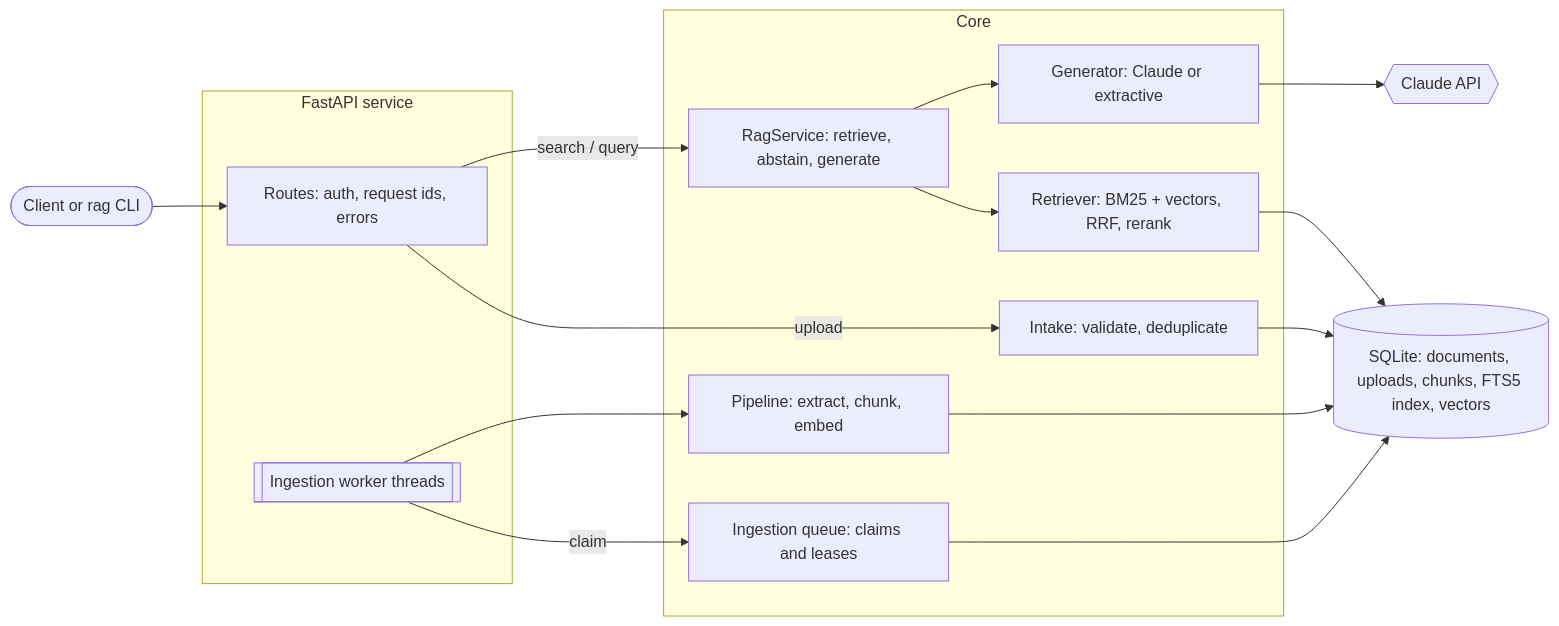
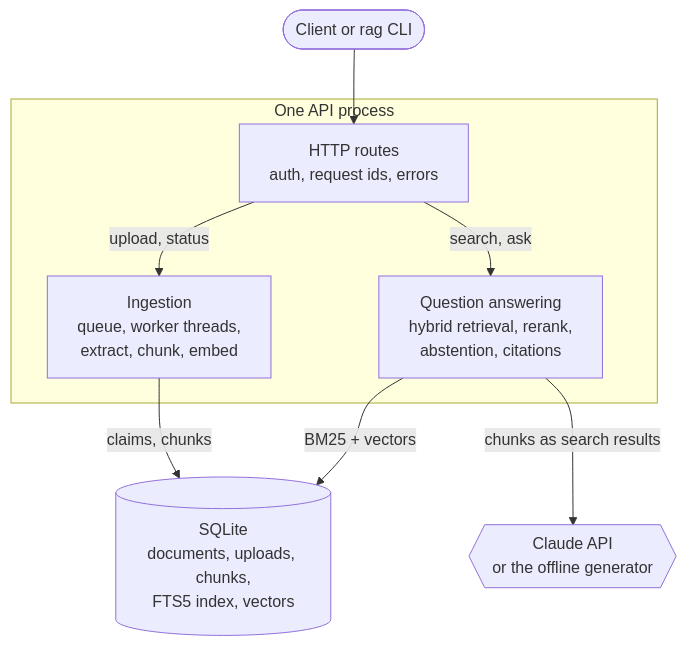
One commit to saicharan-nidiganti/production-rag changed the first of 2 diagrams in README.md. Above: the diagram before and after it, drawn with Mermaid. The commit also changed other lines of this file and 2 other files, not shown here.

Commit message:
fix(docs): two architecture diagrams failed to render on GitHub
The ingestion and retrieval sequence diagrams in docs/architecture.md
showed GitHub's "Unable to render rich display" parse error: Mermaid
reads `;` as a statement separator, and both had one inside a message
("else 202; created=false", "relevance scores; re-sort"). Found by
rendering every diagram with Mermaid 10.9 and 11.4, which reproduces
GitHub's error message, and confirmed on the GitHub page itself.

- A docs test now fails on a semicolon followed by more text outside
  quotes in any Mermaid block; it flags exactly those two lines in the
  previous version of the file.
- The README architecture diagram was wide enough that GitHub scaled its
  text down to near-illegible. It now shows the deployment shape (one
  process, two paths, SQLite, the model) top to bottom; the component
  diagrams stay in docs/architecture.md.

````diff
--- a/README.md
+++ b/README.md
@@ -48,26 +48,18 @@
 ```mermaid
-flowchart LR
+flowchart TB
     client(["Client or rag CLI"])
-    subgraph service["FastAPI service"]
-        routes["Routes: auth, request ids, errors"]
-        workers[["Ingestion worker threads"]]
+    subgraph process["One API process"]
+        routes["HTTP routes<br/>auth, request ids, errors"]
+        ingestion["Ingestion<br/>queue, worker threads,<br/>extract, chunk, embed"]
+        query["Question answering<br/>hybrid retrieval, rerank,<br/>abstention, citations"]
     end
-    subgraph core["Core"]
-        intake["Intake: validate, deduplicate"]
-        queue["Ingestion queue: claims and leases"]
-        pipeline["Pipeline: extract, chunk, embed"]
-        rag["RagService: retrieve, abstain, generate"]
-        retriever["Retriever: BM25 + vectors, RRF, rerank"]
-        generator["Generator: Claude or extractive"]
-    end
-    db[("SQLite: documents, uploads, chunks, FTS5 index, vectors")]
-    claude{{"Claude API"}}
+    db[("SQLite<br/>documents, uploads, chunks,<br/>FTS5 index, vectors")]
+    claude{{"Claude API<br/>or the offline generator"}}
 
     client --> routes
-    routes -- "upload" --> intake --> db
-    workers -- "claim" --> queue --> db
-    workers --> pipeline --> db
-    routes -- "search / query" --> rag
-    rag --> retriever --> db
-    rag --> generator --> claude
+    routes -- "upload, status" --> ingestion
+    routes -- "search, ask" --> query
+    ingestion -- "claims, chunks" --> db
+    query -- "BM25 + vectors" --> db
+    query -- "chunks as search results" --> claude
 ```
````
